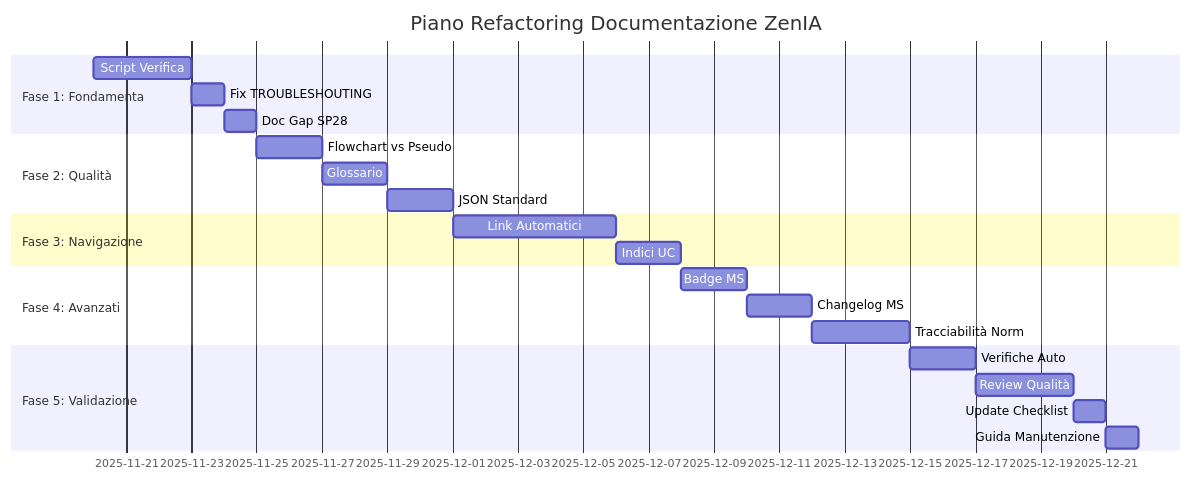
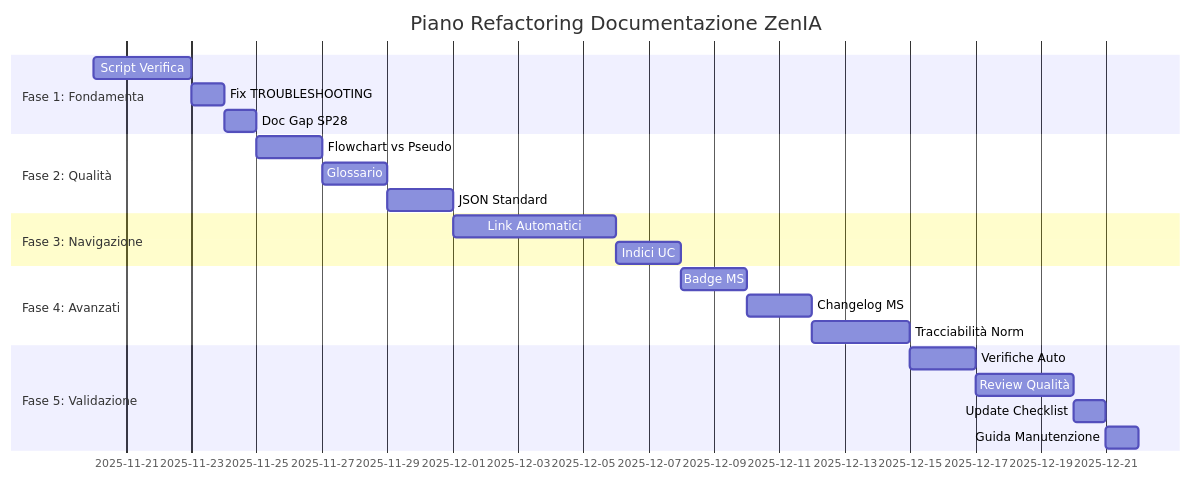
One commit to gianlucaciarcelluti/Interzen.ZenIA changed the second of 2 diagrams in docs/PIANO-REFACTORING-DOCUMENTAZIONE.md. Above: the diagram before and after it, drawn with Mermaid. The commit also changed other lines of this file and 10 other files, not shown here.

First line of the commit message:
Fix: Correct TROUBLESHOUTING typo to TROUBLESHOOTING across all documentation

````diff
--- a/docs/PIANO-REFACTORING-DOCUMENTAZIONE.md
+++ b/docs/PIANO-REFACTORING-DOCUMENTAZIONE.md
@@ -558,30 +558,30 @@
 ```mermaid
 gantt
     title Piano Refactoring Documentazione ZenIA
     dateFormat YYYY-MM-DD
 
     section Fase 1: Fondamenta
     Script Verifica      :f1-1, 2025-11-20, 3d
-    Fix TROUBLESHOUTING  :f1-2, 2025-11-23, 1d
+    Fix TROUBLESHOOTING  :f1-2, 2025-11-23, 1d
     Doc Gap SP28         :f1-3, 2025-11-24, 1d
 
     section Fase 2: Qualità
     Flowchart vs Pseudo  :f2-1, 2025-11-25, 2d
     Glossario            :f2-2, 2025-11-27, 2d
     JSON Standard        :f2-3, 2025-11-29, 2d
 
     section Fase 3: Navigazione
     Link Automatici      :f3-1, 2025-12-01, 5d
     Indici UC            :f3-2, 2025-12-06, 2d
 
     section Fase 4: Avanzati
     Badge MS             :f4-1, 2025-12-08, 2d
     Changelog MS         :f4-2, 2025-12-10, 2d
     Tracciabilità Norm   :f4-3, 2025-12-12, 3d
 
     section Fase 5: Validazione
     Verifiche Auto       :f5-1, 2025-12-15, 2d
     Review Qualità       :f5-2, 2025-12-17, 3d
     Update Checklist     :f5-3, 2025-12-20, 1d
     Guida Manutenzione   :f5-4, 2025-12-21, 1d
 ```
````
